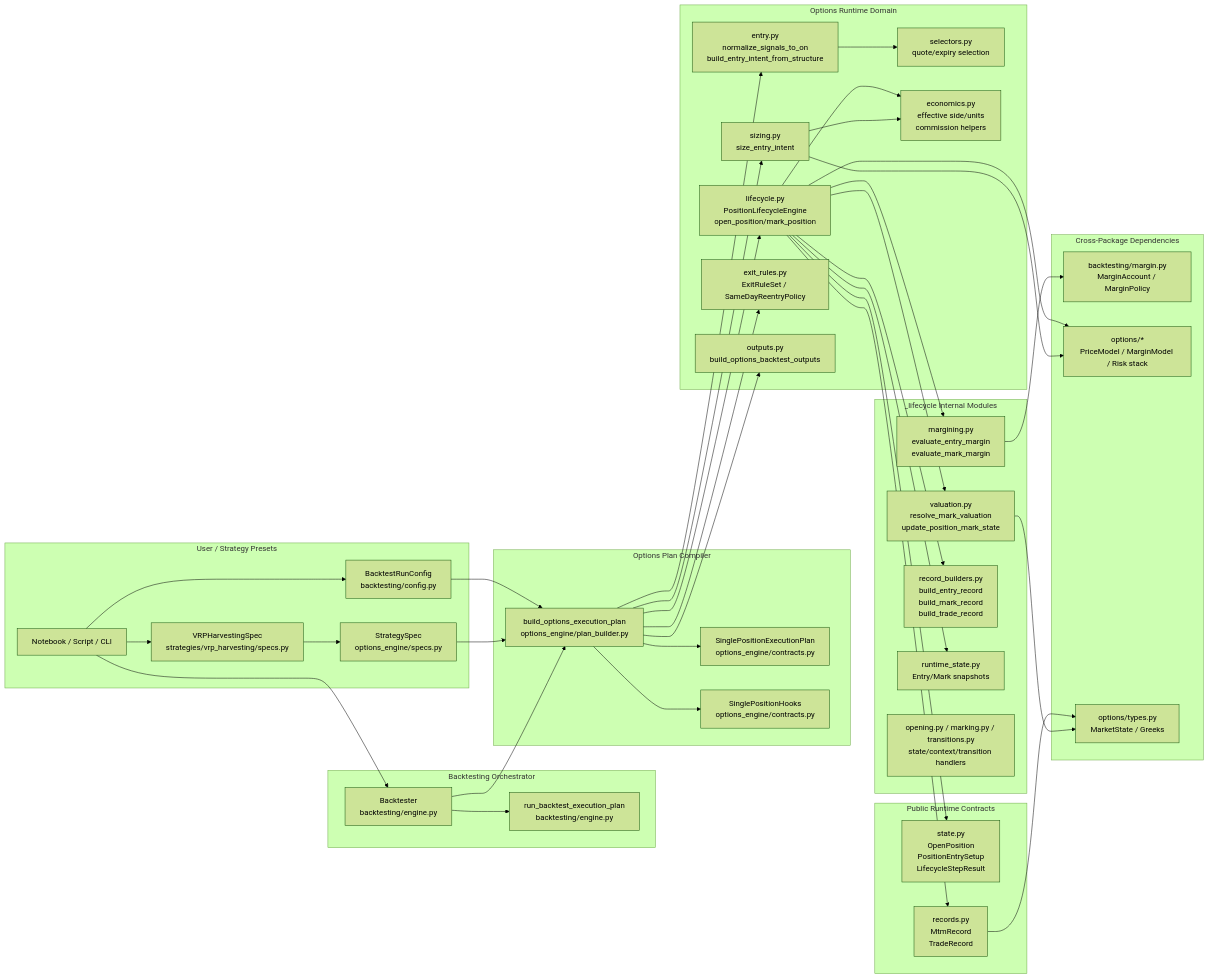
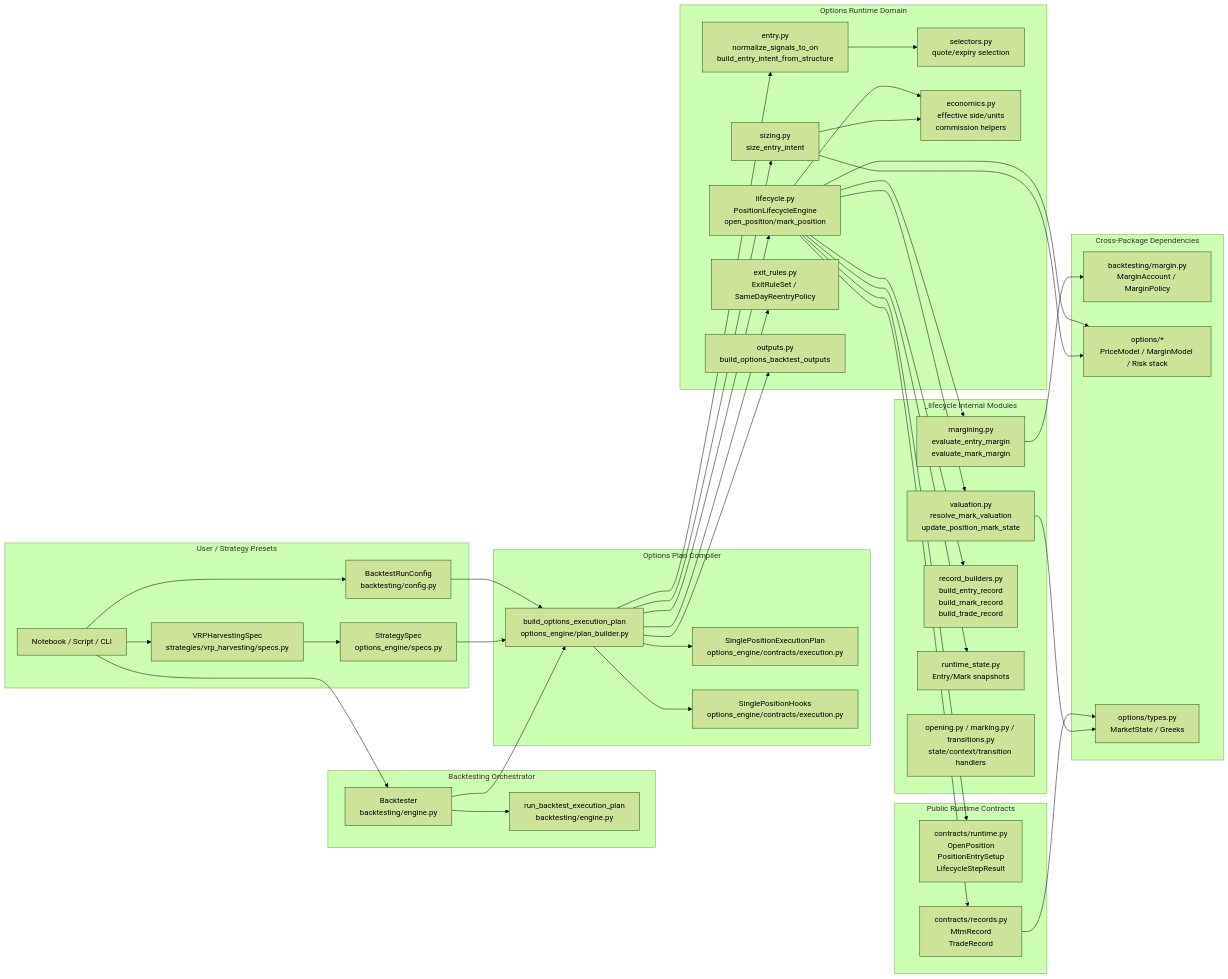
The first of 6 diagrams in docs/reference/options_backtesting_architecture_internals.md (anthonymakarewicz/volatility-trading), drawn with Mermaid (forest theme) before and after one commit. The commit also changed other lines of this file and 28 other files, not shown here.

Commit message:
refactor(options-engine): move runtime contracts into contracts package

````diff
--- a/docs/reference/options_backtesting_architecture_internals.md
+++ b/docs/reference/options_backtesting_architecture_internals.md
@@ -23,78 +23,78 @@
 ```mermaid
 flowchart LR
     subgraph UserLayer[User / Strategy Presets]
         U1[Notebook / Script / CLI]
         U2[VRPHarvestingSpec\nstrategies/vrp_harvesting/specs.py]
         U3[StrategySpec\noptions_engine/specs.py]
         U4[BacktestRunConfig\nbacktesting/config.py]
     end
 
     subgraph Orchestrator[Backtesting Orchestrator]
         O1[Backtester\nbacktesting/engine.py]
         O2[run_backtest_execution_plan\nbacktesting/engine.py]
     end
 
     subgraph PlanCompiler[Options Plan Compiler]
         P1[build_options_execution_plan\noptions_engine/plan_builder.py]
-        P2[SinglePositionExecutionPlan\noptions_engine/contracts.py]
-        P3[SinglePositionHooks\noptions_engine/contracts.py]
+        P2[SinglePositionExecutionPlan\noptions_engine/contracts/execution.py]
+        P3[SinglePositionHooks\noptions_engine/contracts/execution.py]
     end
 
     subgraph RuntimeDomain[Options Runtime Domain]
         R1[entry.py\nnormalize_signals_to_on\nbuild_entry_intent_from_structure]
         R2[sizing.py\nsize_entry_intent]
         R3[lifecycle.py\nPositionLifecycleEngine\nopen_position/mark_position]
         R4[exit_rules.py\nExitRuleSet / SameDayReentryPolicy]
         R5[selectors.py\nquote/expiry selection]
         R6[economics.py\neffective side/units\ncommission helpers]
         R7[outputs.py\nbuild_options_backtest_outputs]
     end
 
     subgraph LifecycleInternals[_lifecycle Internal Modules]
         L1[valuation.py\nresolve_mark_valuation\nupdate_position_mark_state]
         L2[margining.py\nevaluate_entry_margin\nevaluate_mark_margin]
         L3[record_builders.py\nbuild_entry_record\nbuild_mark_record\nbuild_trade_record]
         L4[runtime_state.py\nEntry/Mark snapshots]
         L5[opening.py / marking.py / transitions.py\nstate/context/transition handlers]
     end
 
     subgraph RuntimeContracts[Public Runtime Contracts]
-        C1[state.py\nOpenPosition\nPositionEntrySetup\nLifecycleStepResult]
-        C2[records.py\nMtmRecord\nTradeRecord]
+        C1[contracts/runtime.py\nOpenPosition\nPositionEntrySetup\nLifecycleStepResult]
+        C2[contracts/records.py\nMtmRecord\nTradeRecord]
     end
 
     subgraph ExternalDeps[Cross-Package Dependencies]
         X1[backtesting/margin.py\nMarginAccount / MarginPolicy]
         X2[options/*\nPriceModel / MarginModel / Risk stack]
         X3[options/types.py\nMarketState / Greeks]
     end
 
     U1 --> U2 --> U3
     U1 --> U4
     U1 --> O1
     O1 --> P1
     O1 --> O2
     U3 --> P1
     U4 --> P1
     P1 --> P2
     P1 --> P3
     P1 --> R1
     P1 --> R2
     P1 --> R3
     P1 --> R4
     P1 --> R7
     R1 --> R5
     R2 --> R6
     R3 --> R6
     R3 --> L1
     R3 --> L2
     R3 --> L3
     R3 --> L4
     R3 --> C1
     R3 --> C2
     L2 --> X1
     R2 --> X2
     R3 --> X2
     L1 --> X3
     C2 --> X3
 ```
````
